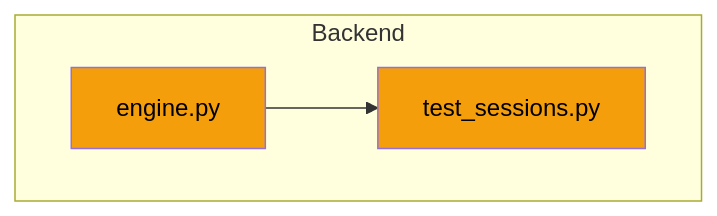
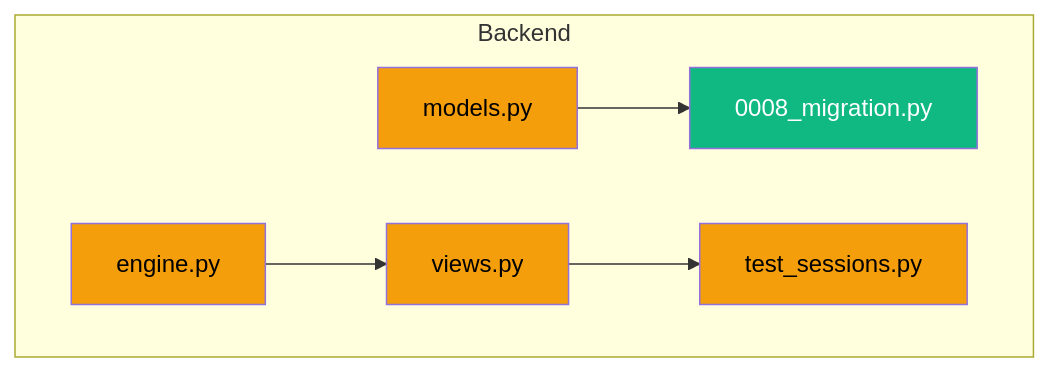
One commit to hongikarchi/archi-tinder changed the fourth of 4 diagrams in .claude/Report.md. Above: the diagram before and after it, drawn with Mermaid. The commit also changed other lines of this file and 2 other files, not shown here.

````diff
--- a/.claude/Report.md
+++ b/.claude/Report.md
@@ -179,10 +183,16 @@
 ```mermaid
 graph TD
     subgraph Backend
         engine.py:::modified
+        models.py:::modified
+        views.py:::modified
         test_sessions.py:::modified
+        0008_migration.py:::new
     end
-    engine.py --> test_sessions.py
+    engine.py --> views.py
+    models.py --> 0008_migration.py
+    views.py --> test_sessions.py
 
+    classDef new fill:#10b981,color:#fff
     classDef modified fill:#f59e0b,color:#000
 ```
````
